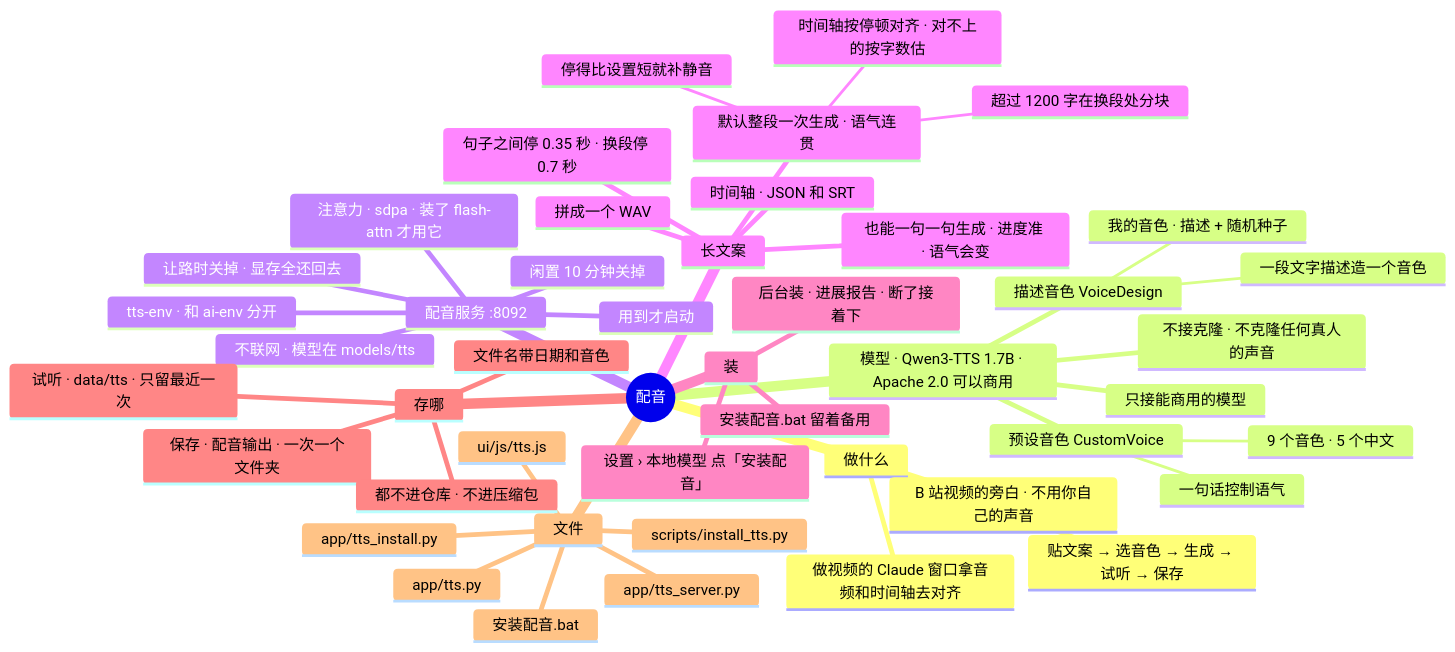
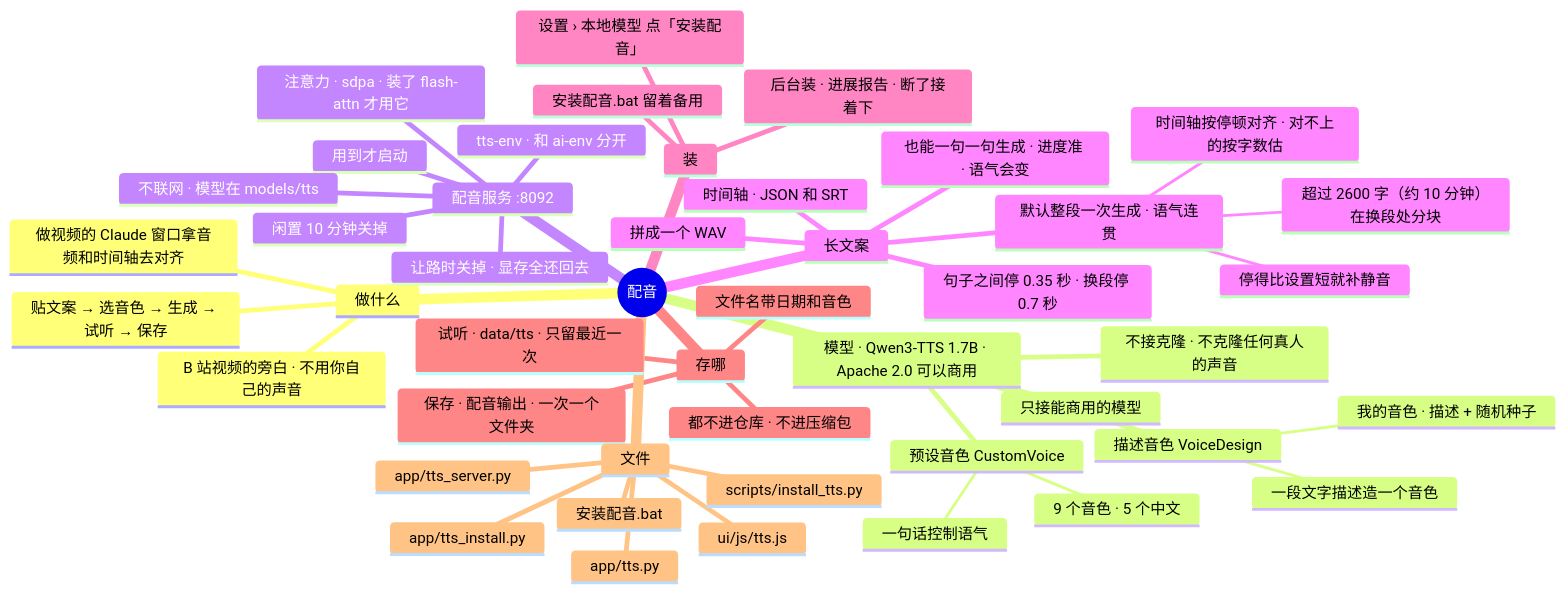
One commit to lql-076/Experiment-Agent-One changed the diagram in docs/AI文档/架构/14-配音.md. Above: the diagram before and after it, drawn with Mermaid. The commit also changed other lines of this file and 6 other files, not shown here.

````diff
--- a/docs/AI文档/架构/14-配音.md
+++ b/docs/AI文档/架构/14-配音.md
@@ -9,50 +9,50 @@
 ```mermaid
 mindmap
   root((配音))
     做什么
       B 站视频的旁白 · 不用你自己的声音
       贴文案 → 选音色 → 生成 → 试听 → 保存
       做视频的 Claude 窗口拿音频和时间轴去对齐
     模型 · Qwen3-TTS 1.7B · Apache 2.0 可以商用
       预设音色 CustomVoice
         9 个音色 · 5 个中文
         一句话控制语气
       描述音色 VoiceDesign
         一段文字描述造一个音色
         我的音色 · 描述 + 随机种子
       不接克隆 · 不克隆任何真人的声音
       只接能商用的模型
     配音服务 :8092
     :::svc-tts
       tts-env · 和 ai-env 分开
       用到才启动
       闲置 10 分钟关掉
       让路时关掉 · 显存全还回去
       不联网 · 模型在 models/tts
       注意力 · sdpa · 装了 flash-attn 才用它
     长文案
       默认整段一次生成 · 语气连贯
-        超过 1200 字在换段处分块
+        超过 2600 字（约 10 分钟）在换段处分块
         时间轴按停顿对齐 · 对不上的按字数估
         停得比设置短就补静音
       也能一句一句生成 · 进度准 · 语气会变
       句子之间停 0.35 秒 · 换段停 0.7 秒
       拼成一个 WAV
       时间轴 · JSON 和 SRT
     装
       设置 › 本地模型 点「安装配音」
       后台装 · 进展报告 · 断了接着下
       安装配音.bat 留着备用
     存哪
       试听 · data/tts · 只留最近一次
       保存 · 配音输出 · 一次一个文件夹
       文件名带日期和音色
       都不进仓库 · 不进压缩包
     文件
       app/tts.py
       app/tts_server.py
       scripts/install_tts.py
       app/tts_install.py
       安装配音.bat
       ui/js/tts.js
 ```
````
